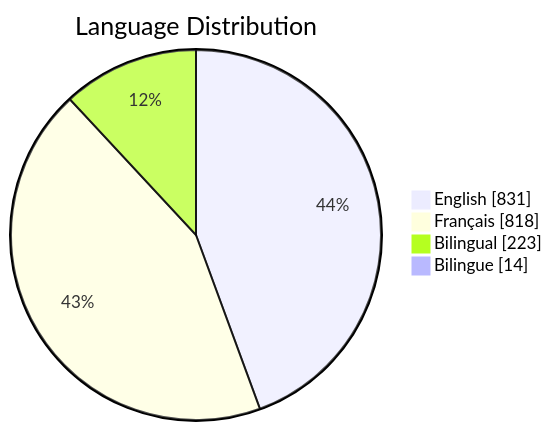
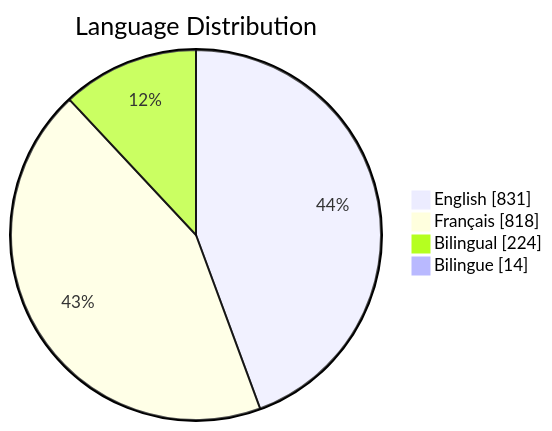
The third of 6 diagrams in README.md (PatLittle/GC-Socials), drawn with Mermaid before and after one commit. The commit also changed other lines of this file, not shown here.

Commit message:
Update README with Platform Distribution pie chart

````diff
--- a/README.md
+++ b/README.md
@@ -65,7 +65,7 @@
 ```mermaid
 pie showData title Language Distribution
     "English": 831
     "Français": 818
-    "Bilingual": 223
+    "Bilingual": 224
     "Bilingue": 14
 ```
````
